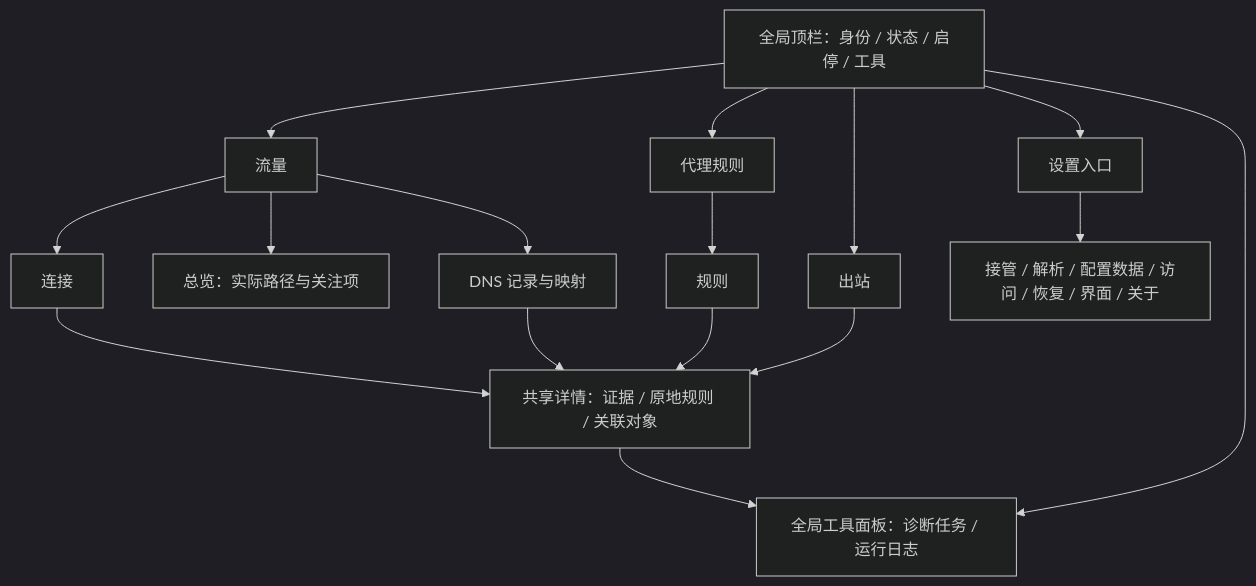
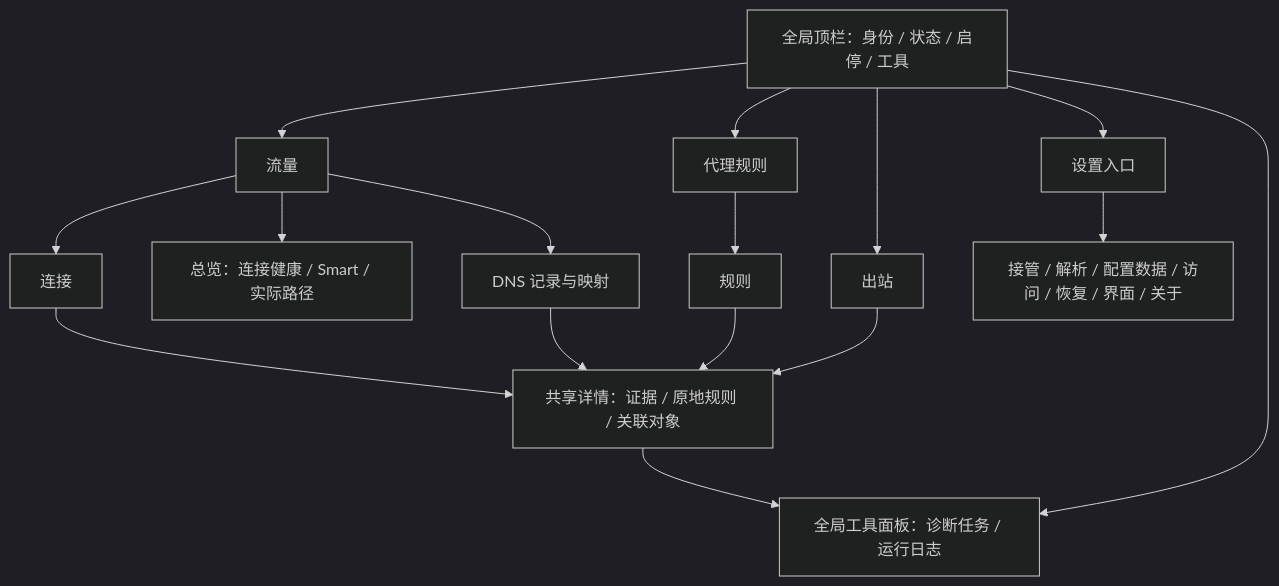
The first of 2 diagrams in docs/design-system/kone/MASTER.md (xjdrew/kone), drawn with Mermaid (dark theme) before and after one commit. The commit also changed other lines of this file and 5 other files, not shown here.

````diff
--- a/docs/design-system/kone/MASTER.md
+++ b/docs/design-system/kone/MASTER.md
@@ -57,18 +58,18 @@
 ```mermaid
 flowchart TB
   A[全局顶栏：身份 / 状态 / 启停 / 工具] --> F[流量]
   A --> P[代理规则]
   A --> PO[出站]
   A --> S[设置入口]
-  F --> FO[总览：实际路径与关注项]
+  F --> FO[总览：连接健康 / Smart / 实际路径]
   F --> FC[连接]
   F --> FD[DNS 记录与映射]
   P --> PR[规则]
   S --> SC[接管 / 解析 / 配置数据 / 访问 / 恢复 / 界面 / 关于]
   FC --> I[共享详情：证据 / 原地规则 / 关联对象]
   FD --> I
   PR --> I
   PO --> I
   I --> T[全局工具面板：诊断任务 / 运行日志]
   A --> T
 ```
````
